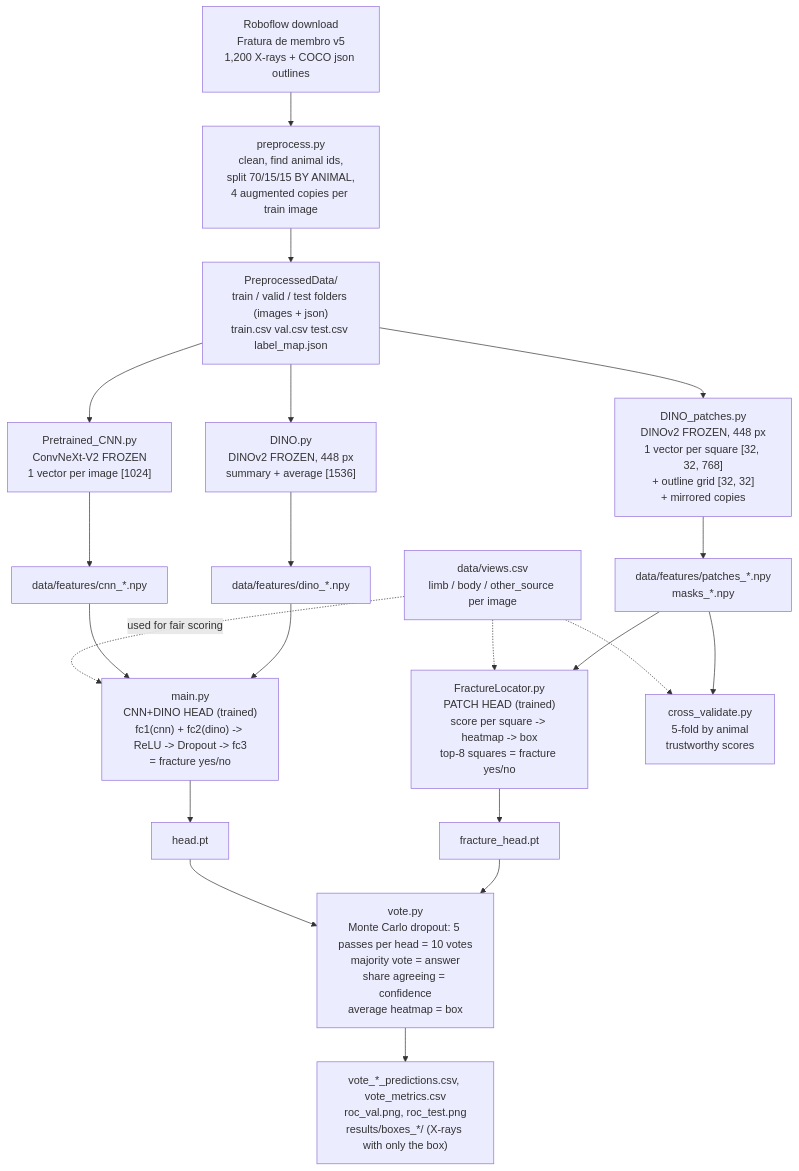
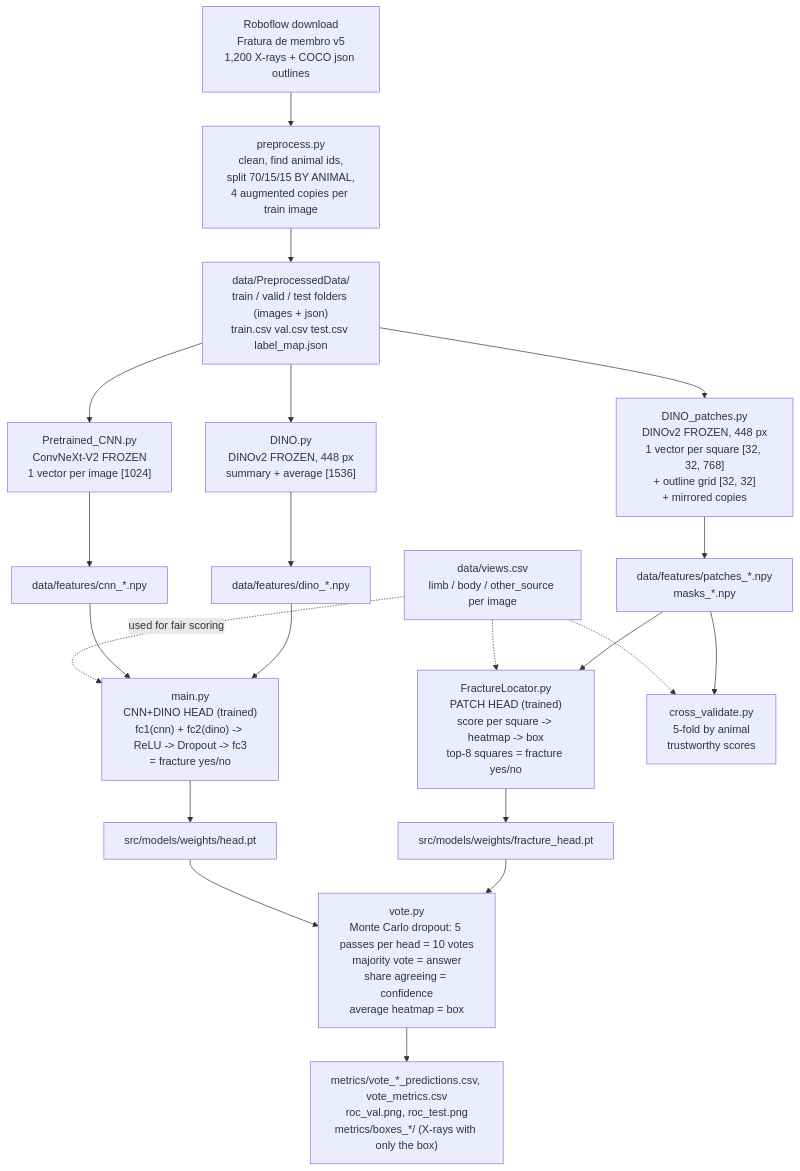
One commit to realpkim-gif/X-ray-ml changed the diagram in README.md. Above: the diagram before and after it, drawn with Mermaid. The commit also changed other lines of this file and 34 other files, not shown here.

First line of the commit message:
Reorganize into src/data/metrics, add X-ray gate to the browser

````diff
--- a/README.md
+++ b/README.md
@@ -98,28 +121,28 @@
 ```mermaid
 flowchart TD
     A["Roboflow download<br/>Fratura de membro v5<br/>1,200 X-rays + COCO json outlines"] --> B["preprocess.py<br/>clean, find animal ids,<br/>split 70/15/15 BY ANIMAL,<br/>4 augmented copies per train image"]
-    B --> C["PreprocessedData/<br/>train / valid / test folders (images + json)<br/>train.csv val.csv test.csv label_map.json"]
+    B --> C["data/PreprocessedData/<br/>train / valid / test folders (images + json)<br/>train.csv val.csv test.csv label_map.json"]
     V["data/views.csv<br/>limb / body / other_source per image"] -.used for fair scoring.-> H
     V -.-> I
     V -.-> K
 
     C --> D["Pretrained_CNN.py<br/>ConvNeXt-V2 FROZEN<br/>1 vector per image [1024]"]
     C --> E["DINO.py<br/>DINOv2 FROZEN, 448 px<br/>summary + average [1536]"]
     C --> F["DINO_patches.py<br/>DINOv2 FROZEN, 448 px<br/>1 vector per square [32, 32, 768]<br/>+ outline grid [32, 32]<br/>+ mirrored copies"]
 
     D --> G["data/features/cnn_*.npy"]
     E --> G2["data/features/dino_*.npy"]
     F --> G3["data/features/patches_*.npy<br/>masks_*.npy"]
 
     G --> H["main.py<br/>CNN+DINO HEAD (trained)<br/>fc1(cnn) + fc2(dino) -> ReLU -> Dropout -> fc3<br/>= fracture yes/no"]
     G2 --> H
     G3 --> I["FractureLocator.py<br/>PATCH HEAD (trained)<br/>score per square -> heatmap -> box<br/>top-8 squares = fracture yes/no"]
     G3 --> K["cross_validate.py<br/>5-fold by animal<br/>trustworthy scores"]
 
-    H --> J["head.pt"]
-    I --> L["fracture_head.pt"]
+    H --> J["src/models/weights/head.pt"]
+    I --> L["src/models/weights/fracture_head.pt"]
 
     J --> M["vote.py<br/>Monte Carlo dropout: 5 passes per head = 10 votes<br/>majority vote = answer<br/>share agreeing = confidence<br/>average heatmap = box"]
     L --> M
-    M --> N["vote_*_predictions.csv, vote_metrics.csv<br/>roc_val.png, roc_test.png<br/>results/boxes_*/ (X-rays with only the box)"]
+    M --> N["metrics/vote_*_predictions.csv, vote_metrics.csv<br/>roc_val.png, roc_test.png<br/>metrics/boxes_*/ (X-rays with only the box)"]
 ```
````
